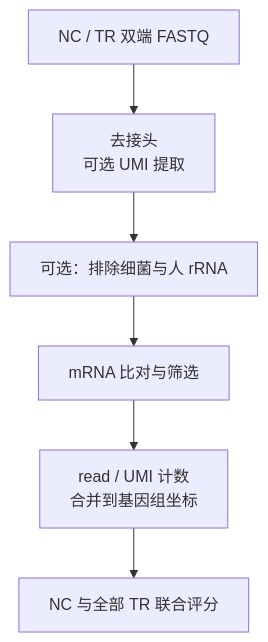
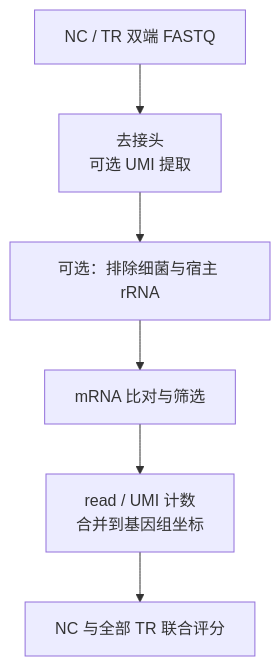
One commit to IvanWoo22/NJU_seq changed the diagram in README.zh-CN.md. Above: the diagram before and after it, drawn with Mermaid. The commit also changed other lines of this file and 2 other files, not shown here.

````diff
--- a/README.zh-CN.md
+++ b/README.zh-CN.md
@@ -18,8 +18,8 @@
 ```mermaid
 flowchart TD
   A["NC / TR 双端 FASTQ"] --> B["去接头<br/>可选 UMI 提取"]
-  B --> C["可选：排除细菌与人 rRNA"]
+  B --> C["可选：排除细菌与宿主 rRNA"]
   C --> D["mRNA 比对与筛选"]
   D --> E["read / UMI 计数<br/>合并到基因组坐标"]
   E --> F["NC 与全部 TR 联合评分"]
 ```
````
